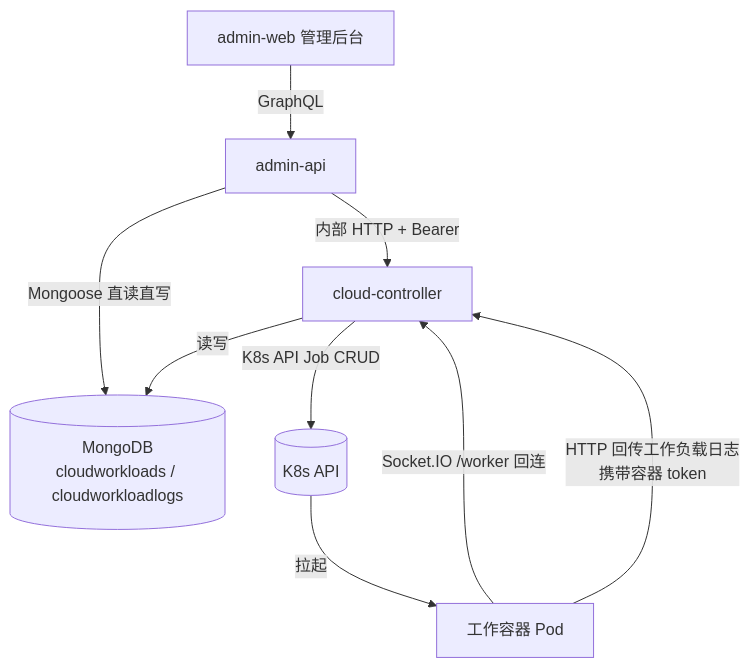
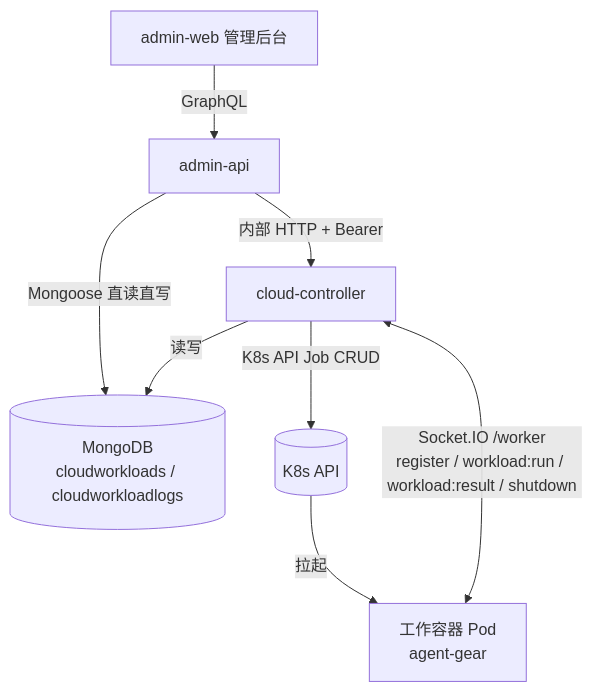
One commit to Deliay/z-agent-gear changed the first of 4 diagrams in docs/engineering/proposals/20261017-feat-cloud-controller-workload.md. Above: the diagram before and after it, drawn with Mermaid. The commit also changed other lines of this file and 1 other file, not shown here.

````diff
--- a/docs/engineering/proposals/20261017-feat-cloud-controller-workload.md
+++ b/docs/engineering/proposals/20261017-feat-cloud-controller-workload.md
@@ -45,11 +49,10 @@
 ```mermaid
 graph TD
     AW[admin-web 管理后台] -->|GraphQL| AA[admin-api]
     AA -->|Mongoose 直读直写| M[(MongoDB<br/>cloudworkloads / cloudworkloadlogs)]
     AA -->|内部 HTTP + Bearer| CC[cloud-controller]
     CC -->|K8s API Job CRUD| K8S[(K8s API)]
     CC -->|读写| M
-    K8S -->|拉起| W[工作容器 Pod]
-    W -->|Socket.IO /worker 回连| CC
-    W -->|HTTP 回传工作负载日志<br/>携带容器 token| CC
+    K8S -->|拉起| W[工作容器 Pod<br/>agent-gear]
+    W <-->|Socket.IO /worker<br/>register / workload:run / workload:result / shutdown| CC
 ```
````
